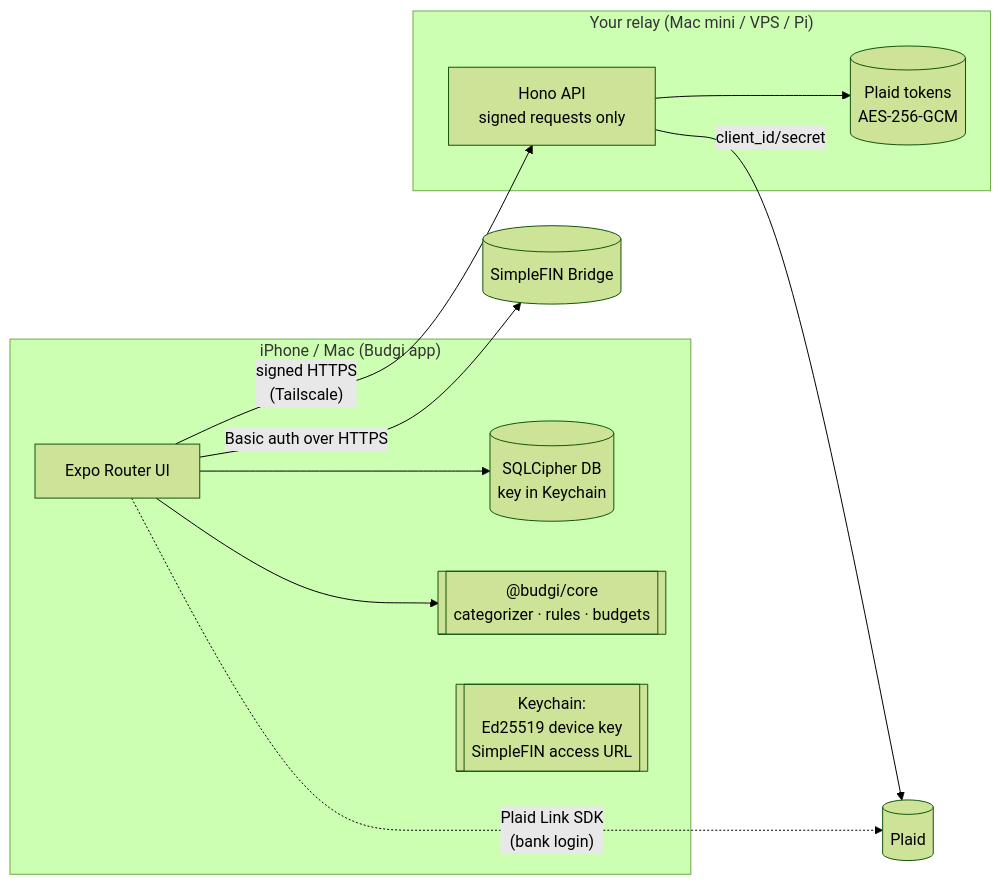
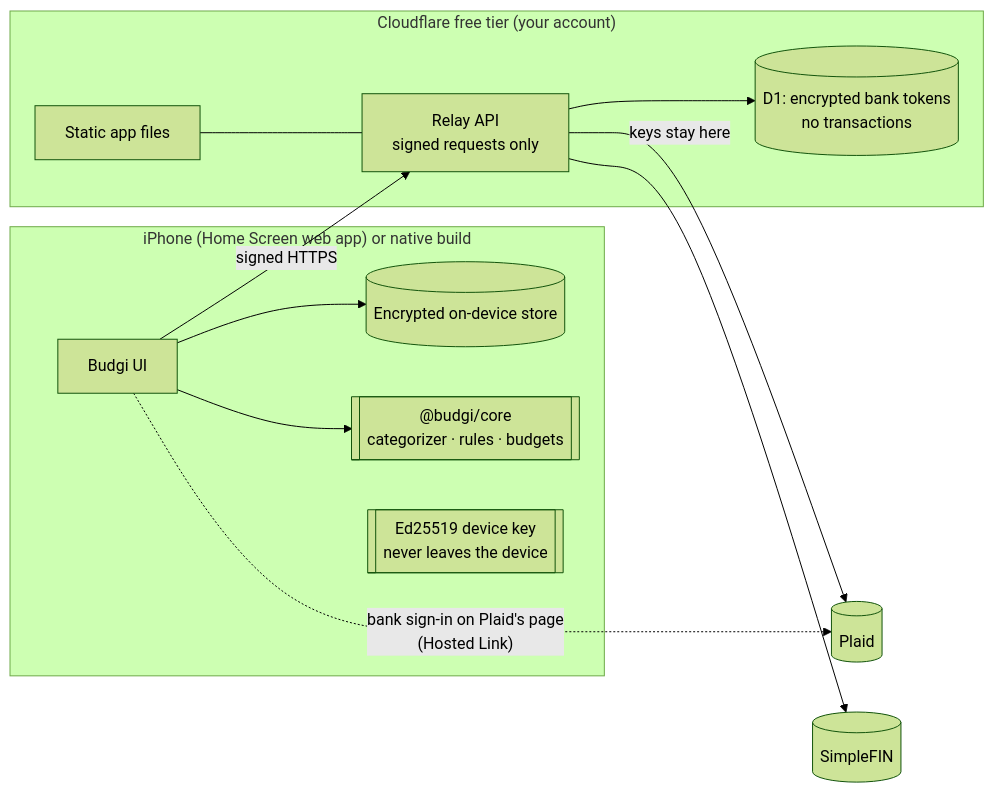
Before and after one commit to munish-shah/Budgi: the diagram in README.md, drawn with Mermaid (forest theme). The commit also changed other lines of this file and 57 other files, not shown here.

````diff
--- a/README.md
+++ b/README.md
@@ -72,15 +120,16 @@
 ```mermaid
 flowchart LR
-  subgraph Phone["iPhone / Mac (Budgi app)"]
-    UI[Expo Router UI] --> Store[(SQLCipher DB\nkey in Keychain)]
+  subgraph Phone["iPhone (Home Screen web app) or native build"]
+    UI[Budgi UI] --> Store[(Encrypted on-device store)]
     UI --> Core[["@budgi/core\ncategorizer · rules · budgets"]]
-    Keys[[Keychain:\nEd25519 device key\nSimpleFIN access URL]]
+    Keys[[Ed25519 device key\nnever leaves the device]]
   end
-  subgraph Relay["Your relay (Mac mini / VPS / Pi)"]
-    API[Hono API\nsigned requests only] --> Tokens[(Plaid tokens\nAES-256-GCM)]
+  subgraph CF["Cloudflare free tier (your account)"]
+    Assets[Static app files] --- API[Relay API\nsigned requests only]
+    API --> D1[(D1: encrypted bank tokens\nno transactions)]
   end
-  UI -- "signed HTTPS\n(Tailscale)" --> API
-  API -- "client_id/secret" --> Plaid[(Plaid)]
-  UI -- "Basic auth over HTTPS" --> SF[(SimpleFIN Bridge)]
-  UI -. "Plaid Link SDK\n(bank login)" .-> Plaid
+  UI -- "signed HTTPS" --> API
+  API -- "keys stay here" --> Plaid[(Plaid)]
+  API --> SF[(SimpleFIN)]
+  UI -. "bank sign-in on Plaid's page\n(Hosted Link)" .-> Plaid
 ```
````
